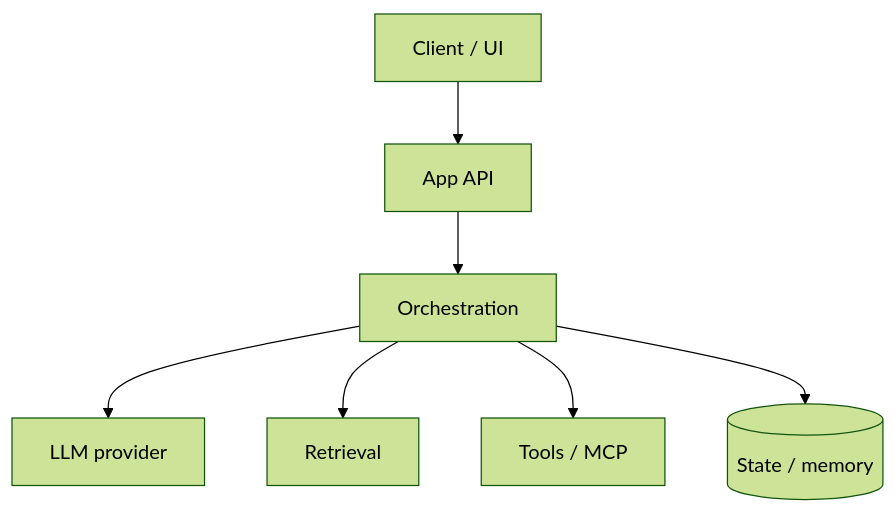
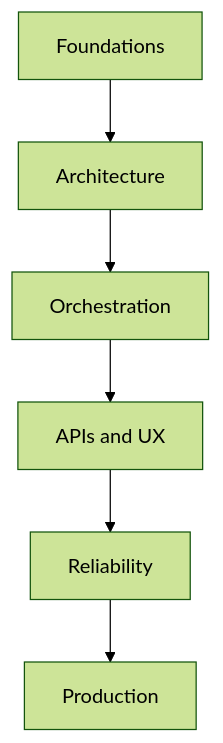
Before and after one commit to abdulsamad183/ai-engineering-playbook: the diagram in domains/llm-application-development/README.md, drawn with Mermaid (forest theme). The commit also changed other lines of this file and 541 other files, not shown here.

````diff
--- a/domains/llm-application-development/README.md
+++ b/domains/llm-application-development/README.md
@@ -18,9 +23,14 @@
 ```mermaid
 flowchart TB
-  UI[Client / UI] --> API[App API]
-  API --> Orch[Orchestration]
-  Orch --> LLM[LLM provider]
-  Orch --> RAG[Retrieval]
-  Orch --> Tools[Tools / MCP]
-  Orch --> DB[(State / memory)]
+  S1[Foundations]
+  S2[Architecture]
+  S3[Orchestration]
+  S4[APIs and UX]
+  S5[Reliability]
+  S6[Production]
+  S1 --> S2
+  S2 --> S3
+  S3 --> S4
+  S4 --> S5
+  S5 --> S6
 ```
````
